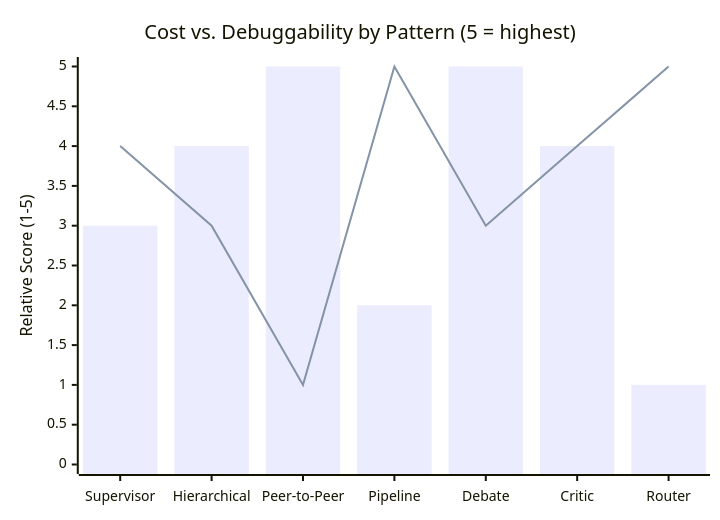
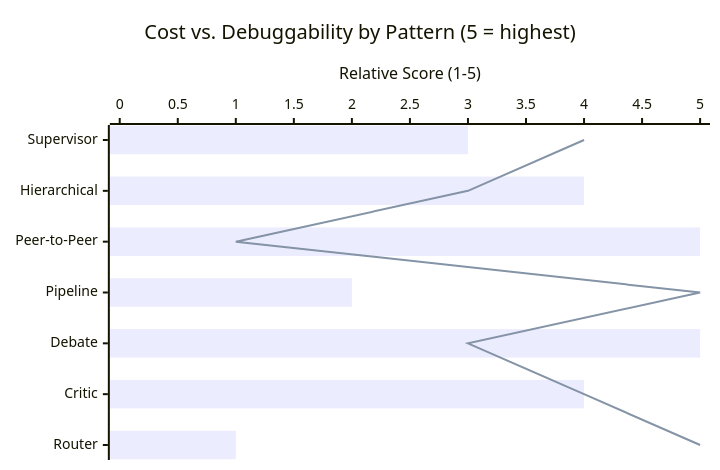
The eighth of 8 diagrams in 15-Module15-MultiAgent-Patterns.md (vibhutipratapsingh/AgenticAI), drawn with Mermaid before and after one commit. The commit also changed 3 other files, not shown here.

First line of the commit message:
Fix overlapping chart labels and misaligned ASCII table

````diff
--- a/15-Module15-MultiAgent-Patterns.md
+++ b/15-Module15-MultiAgent-Patterns.md
@@ -256,8 +256,15 @@
 ```mermaid
+---
+config:
+  xyChart:
+    chartOrientation: horizontal
+    width: 700
+    height: 450
+---
 xychart-beta
     title "Cost vs. Debuggability by Pattern (5 = highest)"
     x-axis ["Supervisor", "Hierarchical", "Peer-to-Peer", "Pipeline", "Debate", "Critic", "Router"]
     y-axis "Relative Score (1-5)" 0 --> 5
     bar [3, 4, 5, 2, 5, 4, 1]
     line [4, 3, 1, 5, 3, 4, 5]
 ```
````
